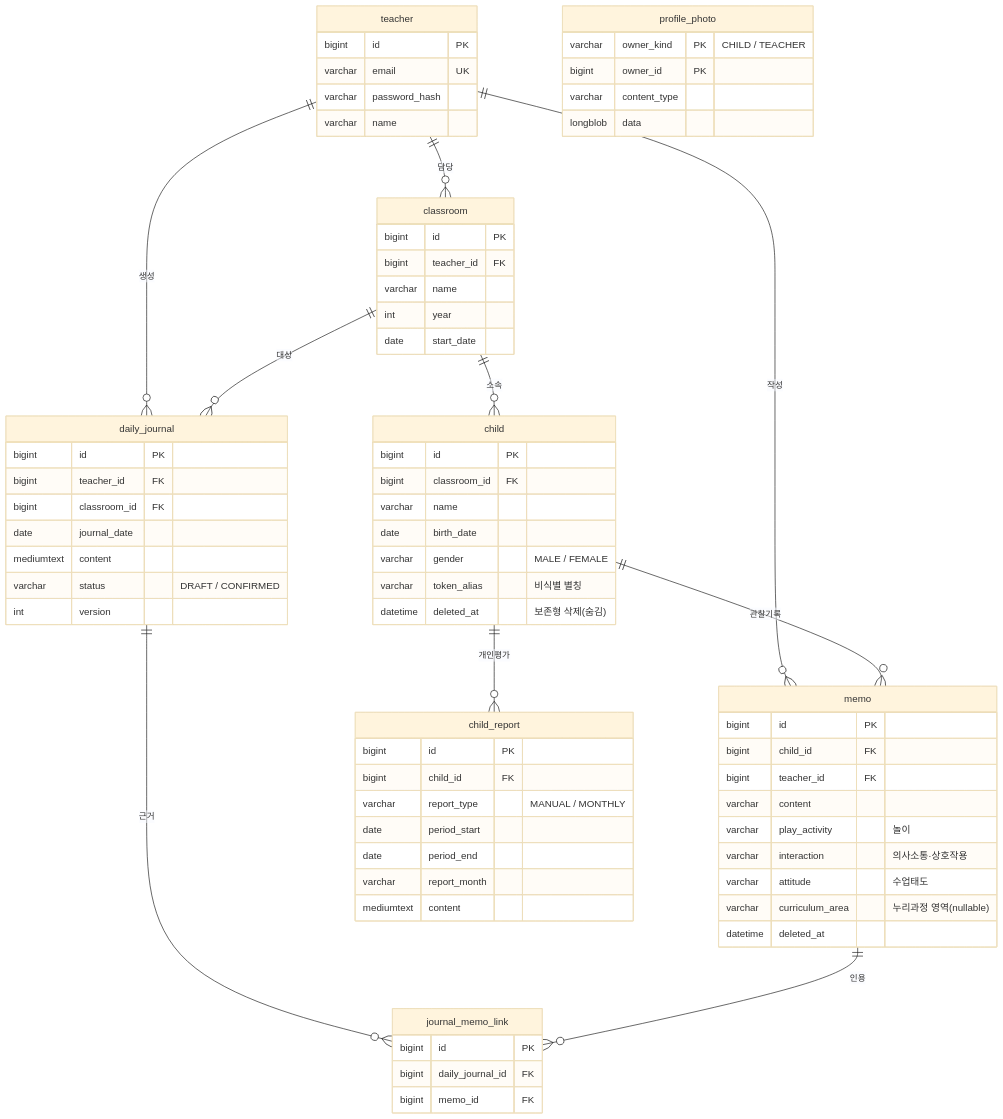
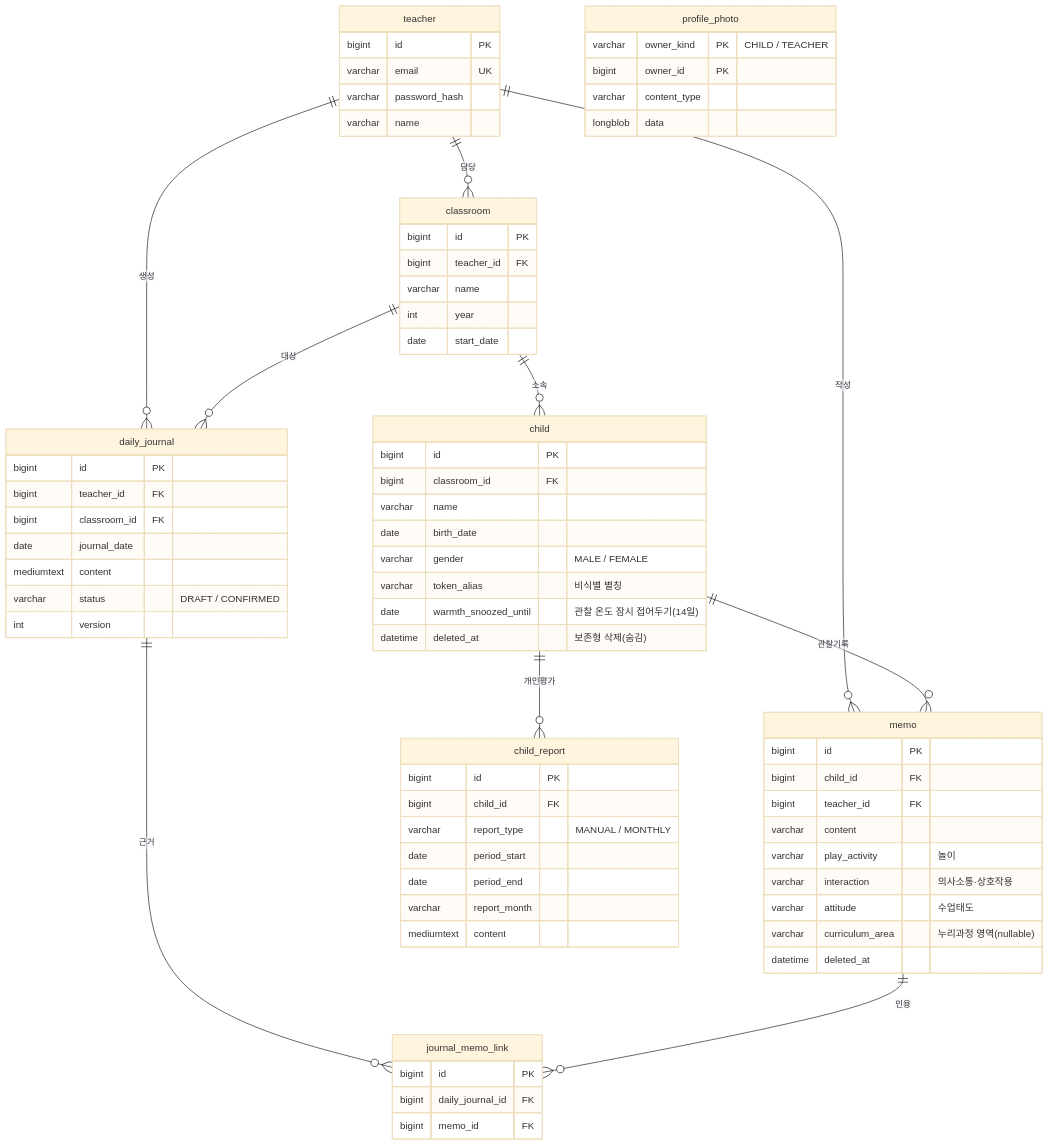
Before and after one commit to dahyunhub/ondo: the diagram in README.md, drawn with Mermaid (base theme). The commit also changed other lines of this file and 12 other files, not shown here.

````diff
--- a/README.md
+++ b/README.md
@@ -123,75 +140,76 @@
 ```mermaid
 erDiagram
     teacher ||--o{ classroom : "담당"
     teacher ||--o{ memo : "작성"
     teacher ||--o{ daily_journal : "생성"
     classroom ||--o{ child : "소속"
     classroom ||--o{ daily_journal : "대상"
     child ||--o{ memo : "관찰기록"
     child ||--o{ child_report : "개인평가"
     daily_journal ||--o{ journal_memo_link : "근거"
     memo ||--o{ journal_memo_link : "인용"
 
     teacher {
         bigint id PK
         varchar email UK
         varchar password_hash
         varchar name
     }
     classroom {
         bigint id PK
         bigint teacher_id FK
         varchar name
         int year
         date start_date
     }
     child {
         bigint id PK
         bigint classroom_id FK
         varchar name
         date birth_date
         varchar gender "MALE / FEMALE"
         varchar token_alias "비식별 별칭"
+        date warmth_snoozed_until "관찰 온도 잠시 접어두기(14일)"
         datetime deleted_at "보존형 삭제(숨김)"
     }
     memo {
         bigint id PK
         bigint child_id FK
         bigint teacher_id FK
         varchar content
         varchar play_activity "놀이"
         varchar interaction "의사소통·상호작용"
         varchar attitude "수업태도"
         varchar curriculum_area "누리과정 영역(nullable)"
         datetime deleted_at
     }
     daily_journal {
         bigint id PK
         bigint teacher_id FK
         bigint classroom_id FK
         date journal_date
         mediumtext content
         varchar status "DRAFT / CONFIRMED"
         int version
     }
     journal_memo_link {
         bigint id PK
         bigint daily_journal_id FK
         bigint memo_id FK
     }
     child_report {
         bigint id PK
         bigint child_id FK
         varchar report_type "MANUAL / MONTHLY"
         date period_start
         date period_end
         varchar report_month
         mediumtext content
     }
     profile_photo {
         varchar owner_kind PK "CHILD / TEACHER"
         bigint owner_id PK
         varchar content_type
         longblob data
     }
 ```
````
